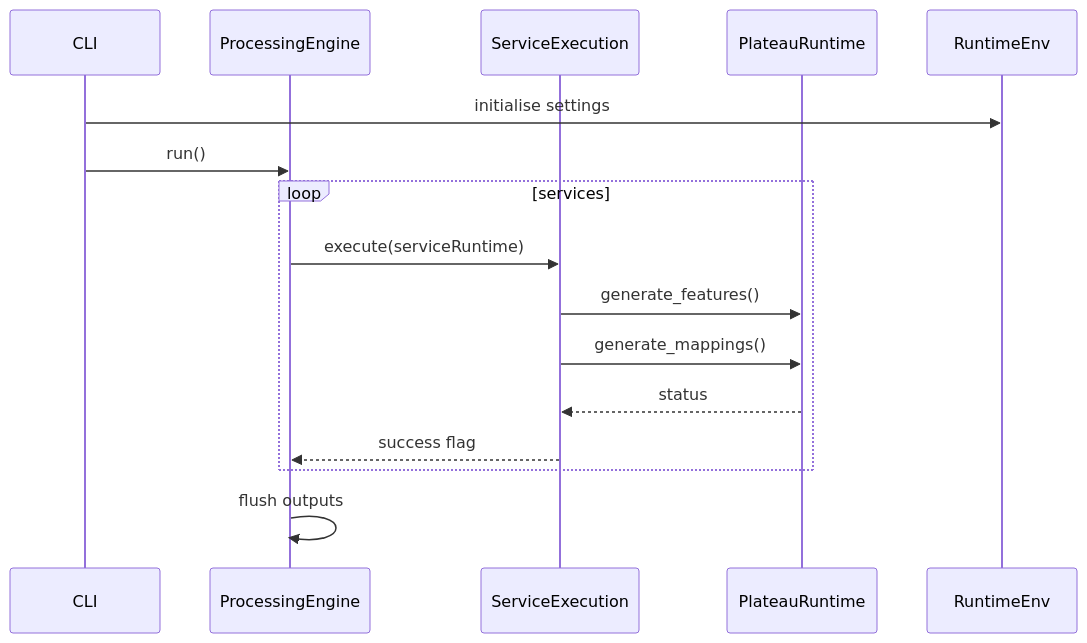
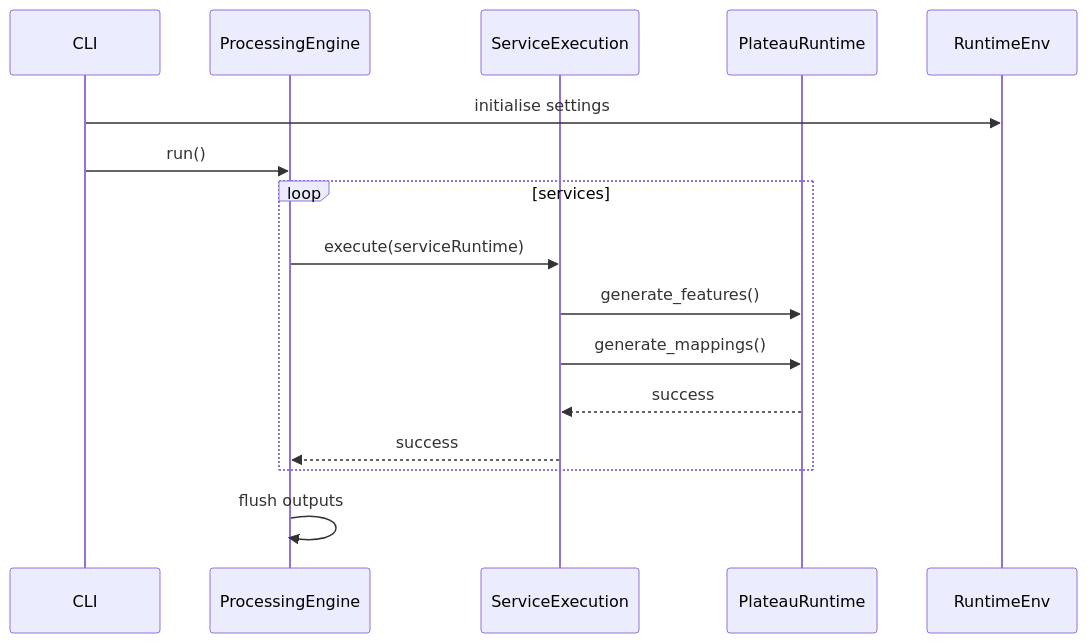
The diagram in docs/runtime-architecture.md (fenrick/service-ambitions), drawn with Mermaid before and after one commit. The commit also changed other lines of this file, not shown here.

Commit message:
docs: document runtime metadata and success flags

````diff
--- a/docs/runtime-architecture.md
+++ b/docs/runtime-architecture.md
@@ -84,18 +88,18 @@
 ```mermaid
 sequenceDiagram
     participant CLI
     participant PE as ProcessingEngine
     participant SE as ServiceExecution
     participant PR as PlateauRuntime
 
     CLI->>RuntimeEnv: initialise settings
     CLI->>PE: run()
     loop services
         PE->>SE: execute(serviceRuntime)
         SE->>PR: generate_features()
         SE->>PR: generate_mappings()
-        PR-->>SE: status
-        SE-->>PE: success flag
+        PR-->>SE: success
+        SE-->>PE: success
     end
     PE->>PE: flush outputs
 ```
````
